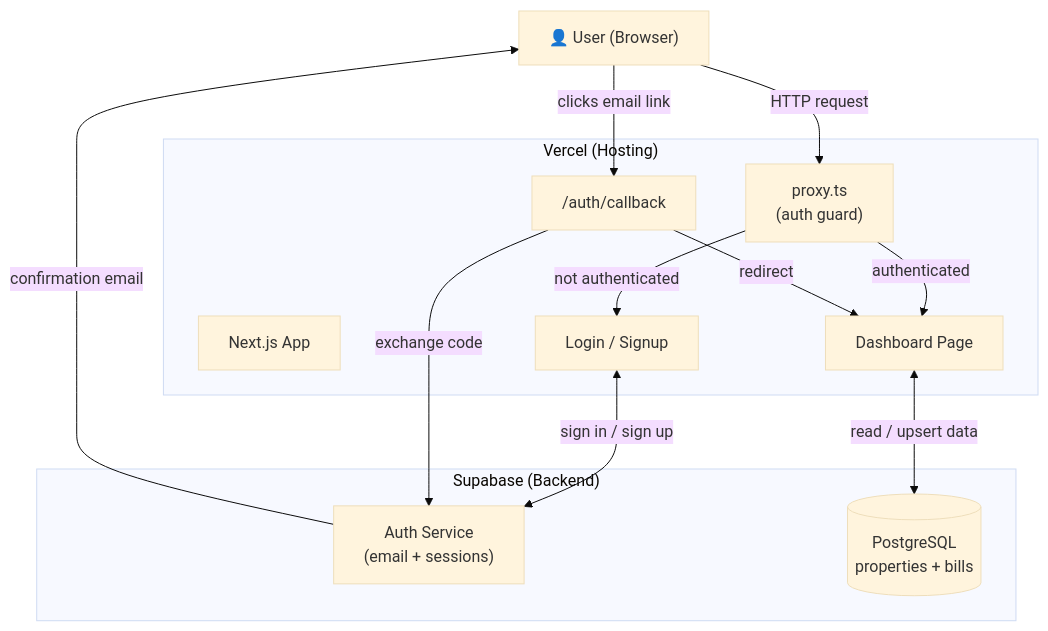
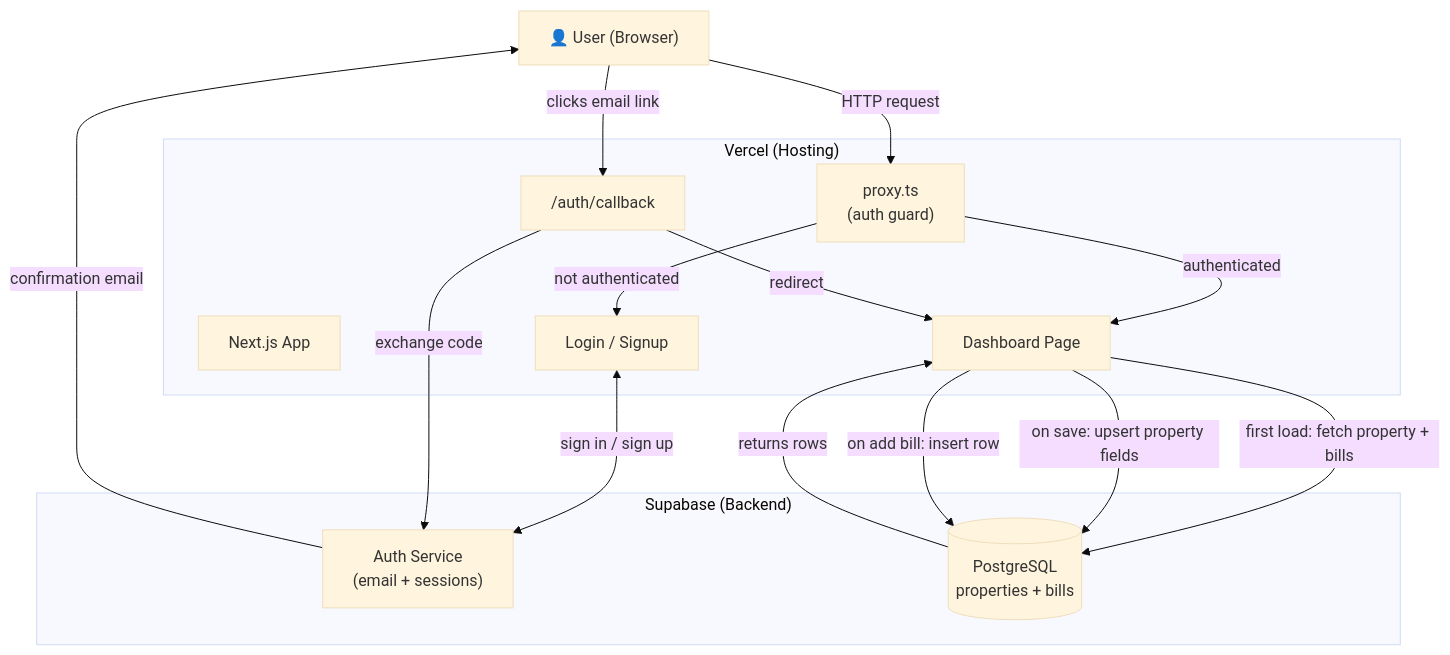
Before and after one commit to home-os-713/dash: the first of 4 diagrams in ARCHITECTURE.md, drawn with Mermaid (base theme). The commit also changed other lines of this file, not shown here.

First line of the commit message:
Update architecture diagrams to show DB read/write flows

````diff
--- a/ARCHITECTURE.md
+++ b/ARCHITECTURE.md
@@ -22,27 +22,30 @@
 ```mermaid
 graph TD
     User["👤 User (Browser)"]
 
     subgraph Vercel["Vercel (Hosting)"]
         Next["Next.js App"]
         Proxy["proxy.ts\n(auth guard)"]
         Dashboard["Dashboard Page"]
         AuthCallback["/auth/callback"]
         LoginSignup["Login / Signup"]
     end
 
     subgraph Supabase["Supabase (Backend)"]
         Auth["Auth Service\n(email + sessions)"]
         DB[(PostgreSQL\nproperties + bills)]
     end
 
     User -->|"HTTP request"| Proxy
     Proxy -->|"authenticated"| Dashboard
     Proxy -->|"not authenticated"| LoginSignup
-    Dashboard <-->|"read / upsert data"| DB
+    Dashboard -->|"first load: fetch property + bills"| DB
+    Dashboard -->|"on save: upsert property fields"| DB
+    Dashboard -->|"on add bill: insert row"| DB
+    DB -->|"returns rows"| Dashboard
     LoginSignup <-->|"sign in / sign up"| Auth
     Auth -->|"confirmation email"| User
     User -->|"clicks email link"| AuthCallback
     AuthCallback -->|"exchange code"| Auth
     AuthCallback -->|"redirect"| Dashboard
 ```
````
